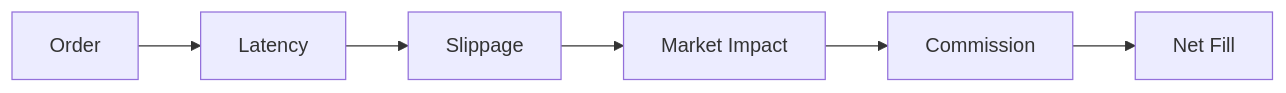
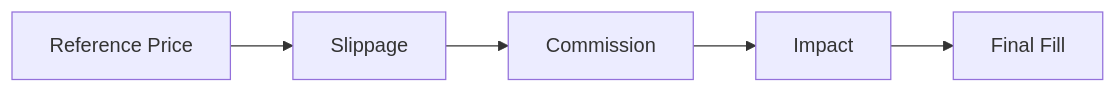
One commit to gregorian-09/regime-flow changed the diagram in docs/explanation/execution-costs.md. Above: the diagram before and after it, drawn with Mermaid. The commit also changed other lines of this file and 58 other files, not shown here.

````diff
--- a/docs/explanation/execution-costs.md
+++ b/docs/explanation/execution-costs.md
@@ -16,8 +7,7 @@
 ```mermaid
 flowchart LR
-  A[Order] --> B[Latency]
-  B --> C[Slippage]
-  C --> D[Market Impact]
-  D --> E[Commission]
-  E --> F[Net Fill]
+  A[Reference Price] --> B[Slippage]
+  B --> C[Commission]
+  C --> D[Impact]
+  D --> E[Final Fill]
 ```
````
